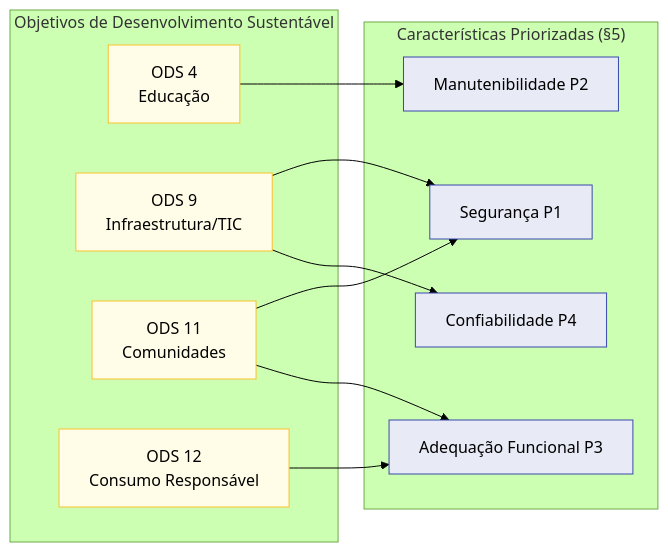
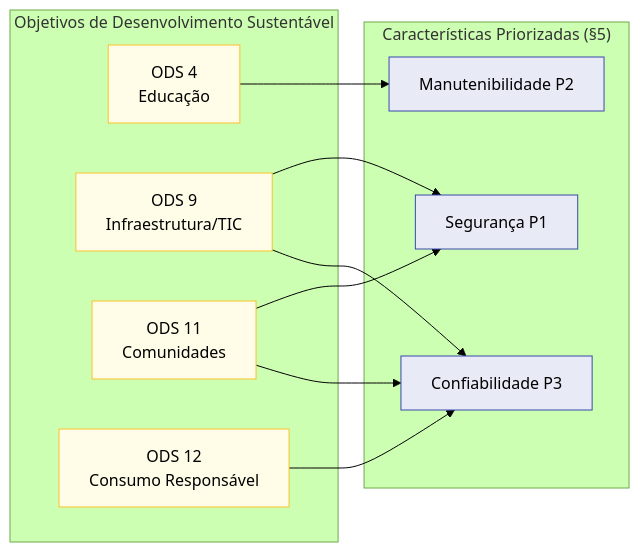
Before and after one commit to FCTE-Qualidade-de-Software-1/2026-1_T02_RADIA_PERLMAN: the diagram in docs/fase1/07-ods.md, drawn with Mermaid (forest theme). The commit also changed other lines of this file and 7 other files, not shown here.

````diff
--- a/docs/fase1/07-ods.md
+++ b/docs/fase1/07-ods.md
@@ -70,28 +70,27 @@
 ```mermaid
 flowchart LR
     subgraph ODS["Objetivos de Desenvolvimento Sustentável"]
         ODS4[ODS 4<br/>Educação]
         ODS9[ODS 9<br/>Infraestrutura/TIC]
         ODS11[ODS 11<br/>Comunidades]
         ODS12[ODS 12<br/>Consumo Responsável]
     end
 
     subgraph CARS["Características Priorizadas (§5)"]
         SEG[Segurança P1]
         MAN[Manutenibilidade P2]
-        AF[Adequação Funcional P3]
-        CONF[Confiabilidade P4]
+        CONF[Confiabilidade P3]
     end
 
     ODS4 --> MAN
     ODS9 --> SEG
     ODS9 --> CONF
     ODS11 --> SEG
-    ODS11 --> AF
-    ODS12 --> AF
+    ODS11 --> CONF
+    ODS12 --> CONF
 
     classDef ods fill:#fffde7,stroke:#fbc02d;
     classDef car fill:#e8eaf6,stroke:#3949ab;
     class ODS4,ODS9,ODS11,ODS12 ods
-    class SEG,MAN,AF,CONF car
+    class SEG,MAN,CONF car
 ```
````
